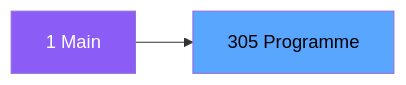
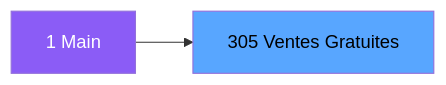
One commit to thonyAGP/magic-migration changed the second of 3 diagrams in .openspec/specs/ADH-IDE-305.md. Above: the diagram before and after it, drawn with Mermaid. The commit also changed other lines of this file and 323 other files, not shown here.

````diff
--- a/.openspec/specs/ADH-IDE-305.md
+++ b/.openspec/specs/ADH-IDE-305.md
@@ -121,8 +129,8 @@
 ```mermaid
 graph LR
     M[1 Main]
-    T[305 Programme]
+    T[305 Ventes Gratuites]
     M --> T
     style M fill:#8b5cf6,color:#fff
     style T fill:#58a6ff,color:#000
 ```
````
